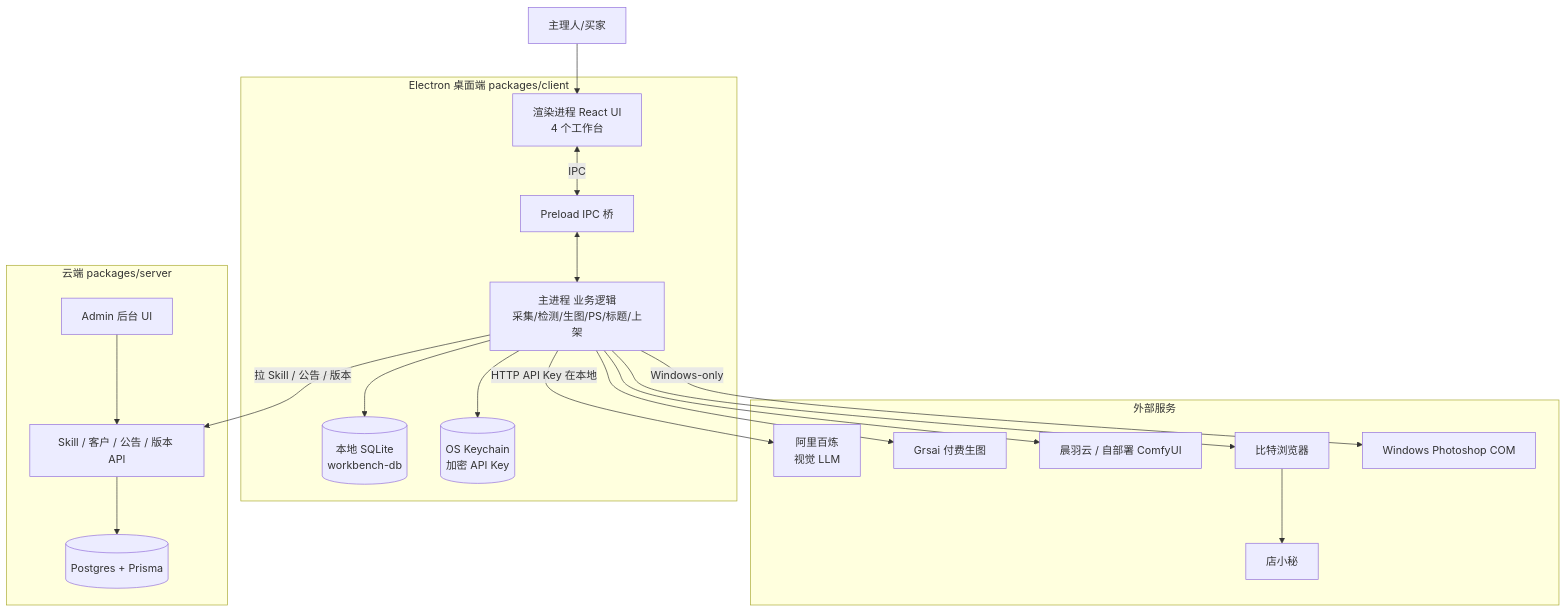
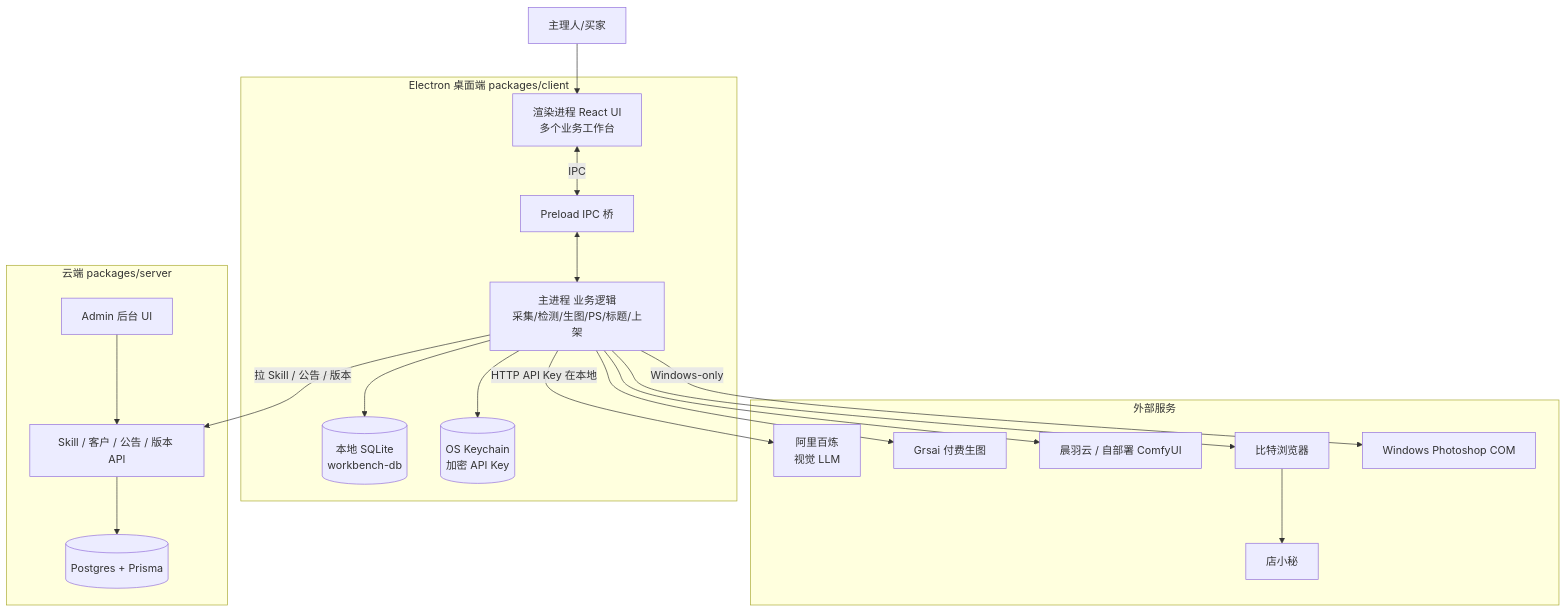
The first of 4 diagrams in docs/PROJECT_TOUR.md (axgiroud312-byte/tengyu-aipod), drawn with Mermaid before and after one commit. The commit also changed other lines of this file and 14 other files, not shown here.

````diff
--- a/docs/PROJECT_TOUR.md
+++ b/docs/PROJECT_TOUR.md
@@ -38,38 +39,38 @@
 ```mermaid
 graph TB
     User[主理人/买家]
     subgraph Desktop[Electron 桌面端 packages/client]
-        Renderer[渲染进程 React UI<br/>4 个工作台]
+        Renderer[渲染进程 React UI<br/>多个业务工作台]
         Main[主进程 业务逻辑<br/>采集/检测/生图/PS/标题/上架]
         Preload[Preload IPC 桥]
         DB[(本地 SQLite<br/>workbench-db)]
         Keychain[(OS Keychain<br/>加密 API Key)]
     end
     subgraph Cloud[云端 packages/server]
         Admin[Admin 后台 UI]
         API[Skill / 客户 / 公告 / 版本 API]
         PG[(Postgres + Prisma)]
     end
     subgraph Externals[外部服务]
         Bailian[阿里百炼<br/>视觉 LLM]
         Grsai[Grsai 付费生图]
         Comfy[晨羽云 / 自部署 ComfyUI]
         BitB[比特浏览器]
         PS[Windows Photoshop COM]
         Dianxiaomi[店小秘]
     end
 
     User --> Renderer
     Renderer <-->|IPC| Preload <--> Main
     Main --> DB
     Main --> Keychain
     Main -->|拉 Skill / 公告 / 版本| API
     Main -->|HTTP API Key 在本地| Bailian
     Main --> Grsai
     Main --> Comfy
     Main --> BitB
     BitB --> Dianxiaomi
     Main -->|Windows-only| PS
     Admin --> API
     API --> PG
 ```
````
